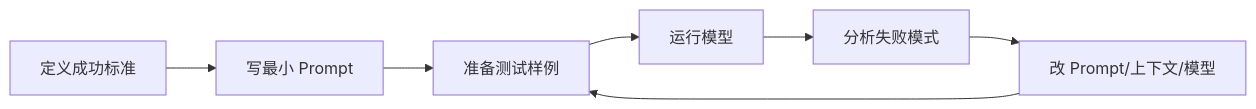
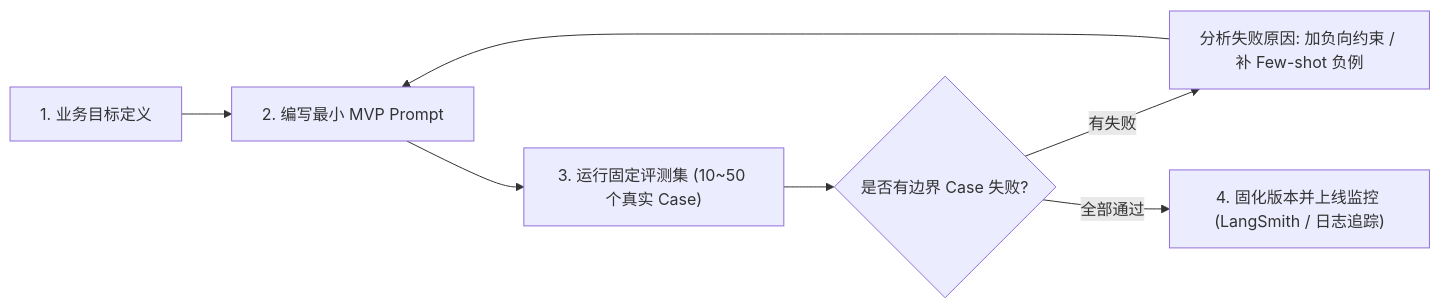
One commit to GuoWWWX/knowledge-base changed the second of 2 diagrams in 10-AI应用开发/01-LLM基础与Prompt/07-Prompt工程基础.md. Above: the diagram before and after it, drawn with Mermaid. The commit also changed other lines of this file and 214 other files, not shown here.

````diff
--- a/10-AI应用开发/01-LLM基础与Prompt/07-Prompt工程基础.md
+++ b/10-AI应用开发/01-LLM基础与Prompt/07-Prompt工程基础.md
@@ -51,9 +102,9 @@
 ```mermaid
 flowchart LR
-    A[定义成功标准] --> B[写最小 Prompt]
-    B --> C[准备测试样例]
-    C --> D[运行模型]
-    D --> E[分析失败模式]
-    E --> F[改 Prompt/上下文/模型]
-    F --> C
+    A["1. 业务目标定义"] --> B["2. 编写最小 MVP Prompt"]
+    B --> C["3. 运行固定评测集 (10~50 个真实 Case)"]
+    C --> D{"是否有边界 Case 失败?"}
+    D -- "有失败" --> E["分析失败原因: 加负向约束 / 补 Few-shot 负例"]
+    E --> B
+    D -- "全部通过" --> F["4. 固化版本并上线监控 (LangSmith / 日志追踪)"]
 ```
````
